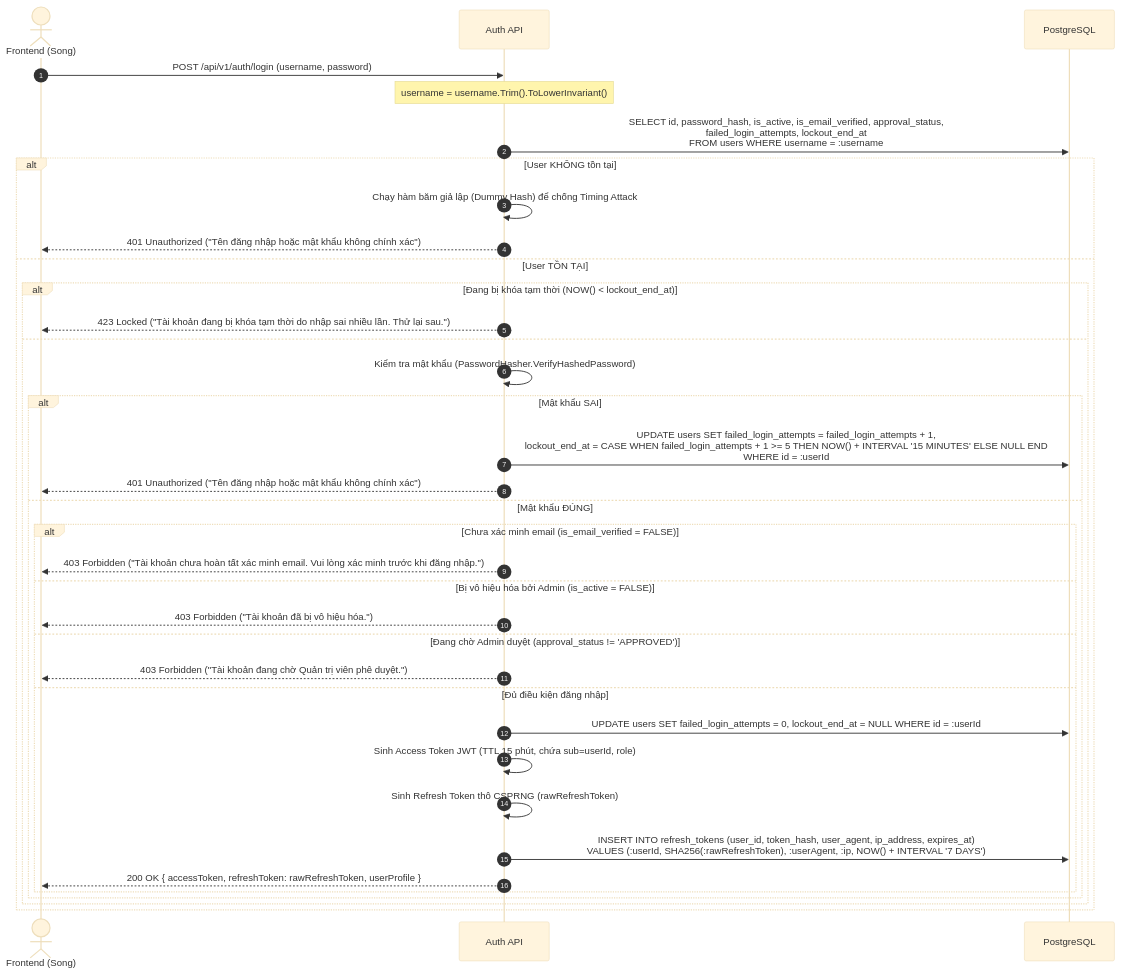
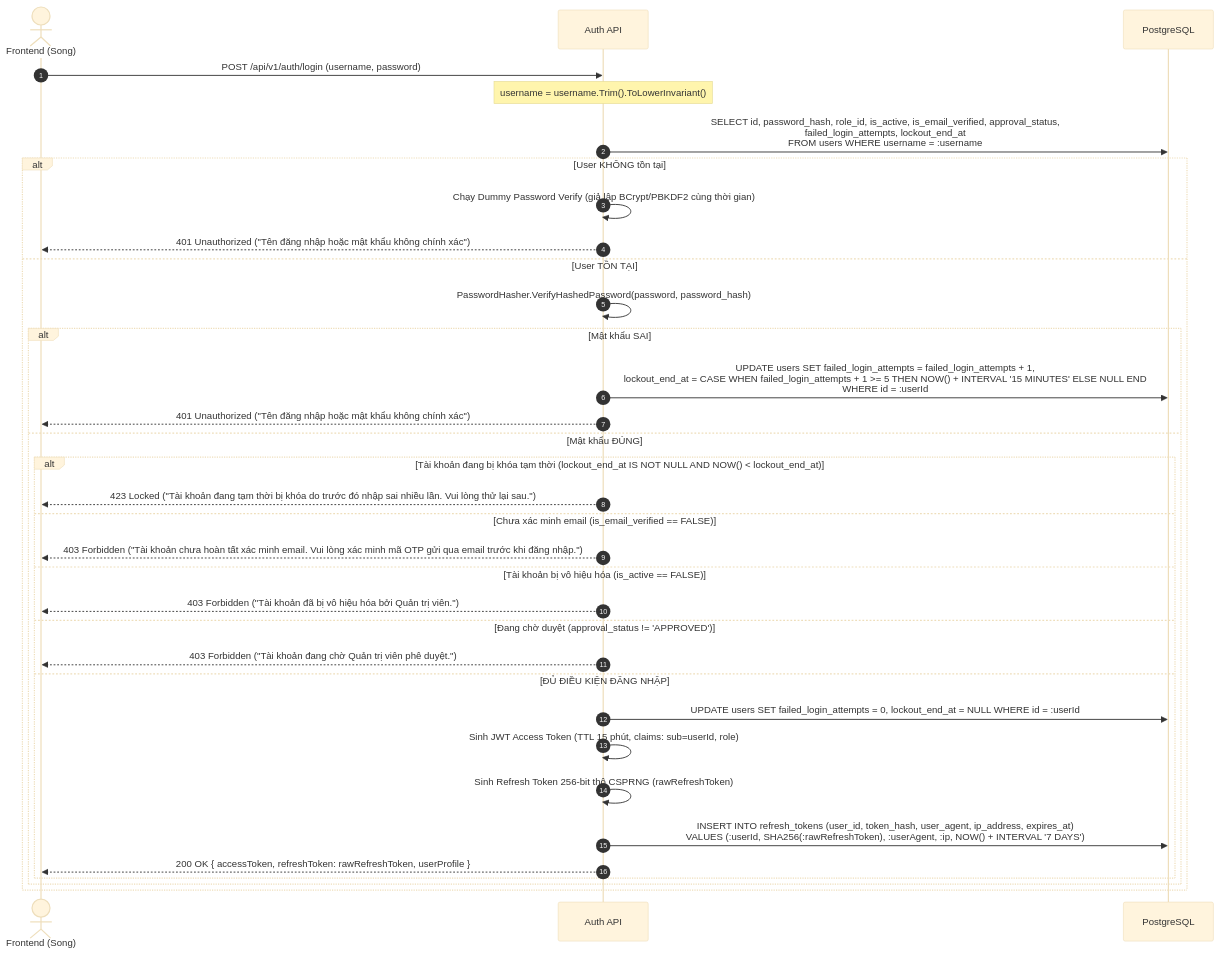
One commit to silver-phung/smart-parking-system changed the third of 3 diagrams in docs/database/09_ACCOUNTS_AUTH_FLOWS.md. Above: the diagram before and after it, drawn with Mermaid (base theme). The commit also changed other lines of this file and 8 other files, not shown here.

First line of the commit message:
docs(database): finalize accounts database design and ERD specifications

````diff
--- a/docs/database/09_ACCOUNTS_AUTH_FLOWS.md
+++ b/docs/database/09_ACCOUNTS_AUTH_FLOWS.md
@@ -129,40 +163,39 @@
 ```mermaid
 sequenceDiagram
     autonumber
     actor Client as Frontend (Song)
     participant API as Auth API
     participant DB as PostgreSQL
 
     Client->>API: POST /api/v1/auth/login (username, password)
     Note over API: username = username.Trim().ToLowerInvariant()
-    API->>DB: SELECT id, password_hash, is_active, is_email_verified, approval_status,<br/>failed_login_attempts, lockout_end_at<br/>FROM users WHERE username = :username;
+    API->>DB: SELECT id, password_hash, role_id, is_active, is_email_verified, approval_status,<br/>failed_login_attempts, lockout_end_at<br/>FROM users WHERE username = :username;
     
     alt User KHÔNG tồn tại
-        API->>API: Chạy hàm băm giả lập (Dummy Hash) để chống Timing Attack
+        API->>API: Chạy Dummy Password Verify (giả lập BCrypt/PBKDF2 cùng thời gian)
         API-->>Client: 401 Unauthorized ("Tên đăng nhập hoặc mật khẩu không chính xác")
     else User TỒN TẠI
-        alt Đang bị khóa tạm thời (NOW() < lockout_end_at)
-            API-->>Client: 423 Locked ("Tài khoản đang bị khóa tạm thời do nhập sai nhiều lần. Thử lại sau.")
-        else
-            API->>API: Kiểm tra mật khẩu (PasswordHasher.VerifyHashedPassword)
-            alt Mật khẩu SAI
-                API->>DB: UPDATE users SET failed_login_attempts = failed_login_attempts + 1,<br/>lockout_end_at = CASE WHEN failed_login_attempts + 1 >= 5 THEN NOW() + INTERVAL '15 MINUTES' ELSE NULL END<br/>WHERE id = :userId;
-                API-->>Client: 401 Unauthorized ("Tên đăng nhập hoặc mật khẩu không chính xác")
-            else Mật khẩu ĐÚNG
-                alt Chưa xác minh email (is_email_verified = FALSE)
-                    API-->>Client: 403 Forbidden ("Tài khoản chưa hoàn tất xác minh email. Vui lòng xác minh trước khi đăng nhập.")
-                else Bị vô hiệu hóa bởi Admin (is_active = FALSE)
-                    API-->>Client: 403 Forbidden ("Tài khoản đã bị vô hiệu hóa.")
-                else Đang chờ Admin duyệt (approval_status != 'APPROVED')
-                    API-->>Client: 403 Forbidden ("Tài khoản đang chờ Quản trị viên phê duyệt.")
-                else Đủ điều kiện đăng nhập
-                    API->>DB: UPDATE users SET failed_login_attempts = 0, lockout_end_at = NULL WHERE id = :userId;
-                    API->>API: Sinh Access Token JWT (TTL 15 phút, chứa sub=userId, role)
-                    API->>API: Sinh Refresh Token thô CSPRNG (rawRefreshToken)
-                    API->>DB: INSERT INTO refresh_tokens (user_id, token_hash, user_agent, ip_address, expires_at)<br/>VALUES (:userId, SHA256(:rawRefreshToken), :userAgent, :ip, NOW() + INTERVAL '7 DAYS');
-                    API-->>Client: 200 OK { accessToken, refreshToken: rawRefreshToken, userProfile }
-                end
+        API->>API: PasswordHasher.VerifyHashedPassword(password, password_hash)
+        
+        alt Mật khẩu SAI
+            API->>DB: UPDATE users SET failed_login_attempts = failed_login_attempts + 1,<br/>lockout_end_at = CASE WHEN failed_login_attempts + 1 >= 5 THEN NOW() + INTERVAL '15 MINUTES' ELSE NULL END<br/>WHERE id = :userId;
+            API-->>Client: 401 Unauthorized ("Tên đăng nhập hoặc mật khẩu không chính xác")
+        else Mật khẩu ĐÚNG
+            alt Tài khoản đang bị khóa tạm thời (lockout_end_at IS NOT NULL AND NOW() < lockout_end_at)
+                API-->>Client: 423 Locked ("Tài khoản đang tạm thời bị khóa do trước đó nhập sai nhiều lần. Vui lòng thử lại sau.")
+            else Chưa xác minh email (is_email_verified == FALSE)
+                API-->>Client: 403 Forbidden ("Tài khoản chưa hoàn tất xác minh email. Vui lòng xác minh mã OTP gửi qua email trước khi đăng nhập.")
+            else Tài khoản bị vô hiệu hóa (is_active == FALSE)
+                API-->>Client: 403 Forbidden ("Tài khoản đã bị vô hiệu hóa bởi Quản trị viên.")
+            else Đang chờ duyệt (approval_status != 'APPROVED')
+                API-->>Client: 403 Forbidden ("Tài khoản đang chờ Quản trị viên phê duyệt.")
+            else ĐỦ ĐIỀU KIỆN ĐĂNG NHẬP
+                API->>DB: UPDATE users SET failed_login_attempts = 0, lockout_end_at = NULL WHERE id = :userId;
+                API->>API: Sinh JWT Access Token (TTL 15 phút, claims: sub=userId, role)
+                API->>API: Sinh Refresh Token 256-bit thô CSPRNG (rawRefreshToken)
+                API->>DB: INSERT INTO refresh_tokens (user_id, token_hash, user_agent, ip_address, expires_at)<br/>VALUES (:userId, SHA256(:rawRefreshToken), :userAgent, :ip, NOW() + INTERVAL '7 DAYS');
+                API-->>Client: 200 OK { accessToken, refreshToken: rawRefreshToken, userProfile }
             end
         end
     end
 ```
````
